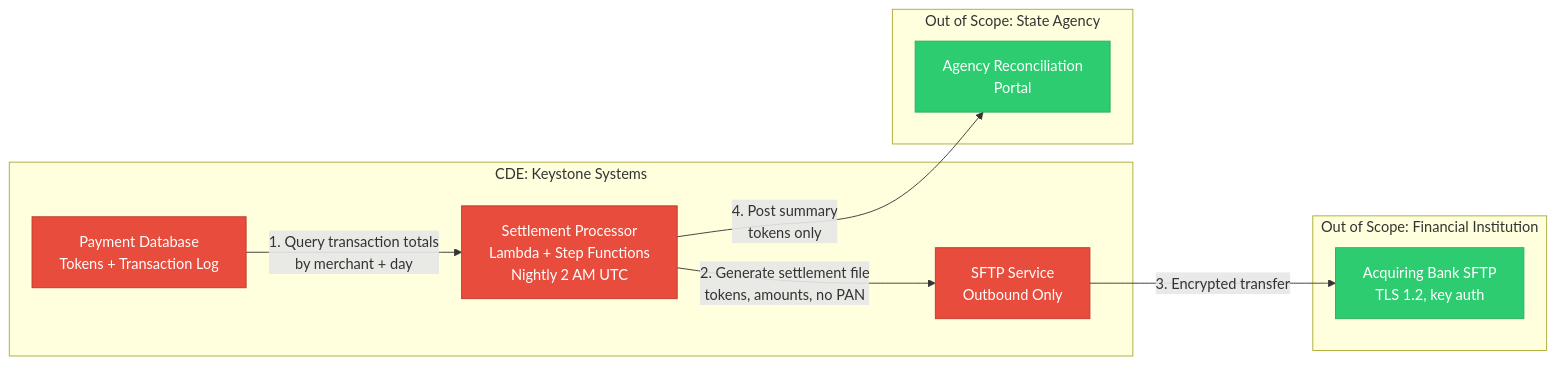
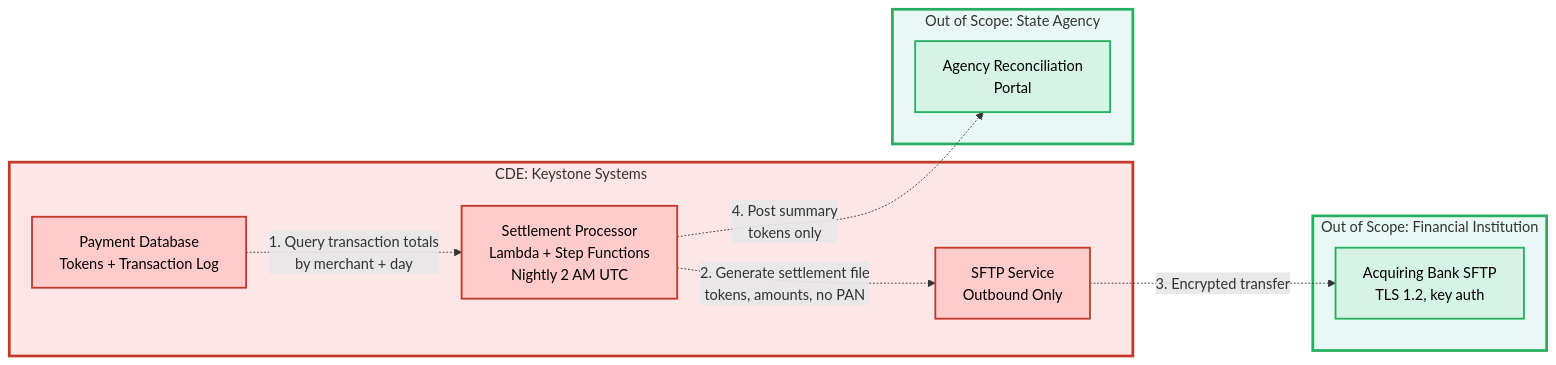
Before and after one commit to Josephkamara/audit-defense-portfolio: the second of 3 diagrams in projects/payment-processor-compliance-program/01-scoping/cardholder-data-flow.md, drawn with Mermaid. The commit also changed other lines of this file, not shown here.

First line of the commit message:
Fix diagram colors, line types, and layout to match legend

````diff
--- a/projects/payment-processor-compliance-program/01-scoping/cardholder-data-flow.md
+++ b/projects/payment-processor-compliance-program/01-scoping/cardholder-data-flow.md
@@ -71,27 +80,33 @@
 ```mermaid
 graph LR
-    subgraph "CDE: Keystone Systems"
+    subgraph cde2["CDE: Keystone Systems"]
         A["Payment Database<br/>Tokens + Transaction Log"]
         B["Settlement Processor<br/>Lambda + Step Functions<br/>Nightly 2 AM UTC"]
         C["SFTP Service<br/>Outbound Only"]
     end
     
-    subgraph "Out of Scope: Financial Institution"
+    subgraph bank2["Out of Scope: Financial Institution"]
         D["Acquiring Bank SFTP<br/>TLS 1.2, key auth"]
     end
     
-    subgraph "Out of Scope: State Agency"
+    subgraph agency2["Out of Scope: State Agency"]
         E["Agency Reconciliation<br/>Portal"]
     end
     
-    A -->|"1. Query transaction totals<br/>by merchant + day"| B
-    B -->|"2. Generate settlement file<br/>tokens, amounts, no PAN"| C
-    C -->|"3. Encrypted transfer"| D
-    B -->|"4. Post summary<br/>tokens only"| E
+    A -.->|"1. Query transaction totals<br/>by merchant + day"| B
+    B -.->|"2. Generate settlement file<br/>tokens, amounts, no PAN"| C
+    C -.->|"3. Encrypted transfer"| D
+    B -.->|"4. Post summary<br/>tokens only"| E
     
-    style A fill:#e74c3c,stroke:#c0392b,color:#fff
-    style B fill:#e74c3c,stroke:#c0392b,color:#fff
-    style C fill:#e74c3c,stroke:#c0392b,color:#fff
-    style D fill:#2ecc71,stroke:#27ae60,color:#fff
-    style E fill:#2ecc71,stroke:#27ae60,color:#fff
+    classDef cdeNode fill:#ffcccb,stroke:#c0392b,stroke-width:2px,color:#000
+    classDef outOfScopeNode fill:#d5f4e6,stroke:#27ae60,stroke-width:2px,color:#000
+    
+    class A,B,C cdeNode
+    class D,E outOfScopeNode
+    
+    classDef cdeSubgraph fill:#ffe6e6,stroke:#c0392b,stroke-width:3px
+    classDef outOfScopeSubgraph fill:#e8f8f5,stroke:#27ae60,stroke-width:3px
+    
+    class cde2 cdeSubgraph
+    class bank2,agency2 outOfScopeSubgraph
 ```
````
